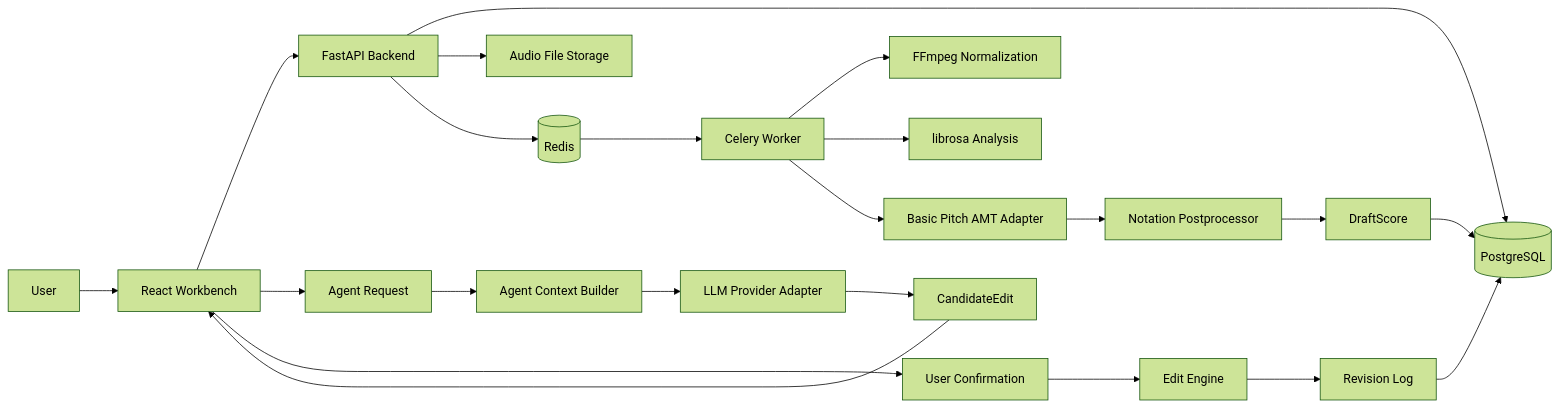
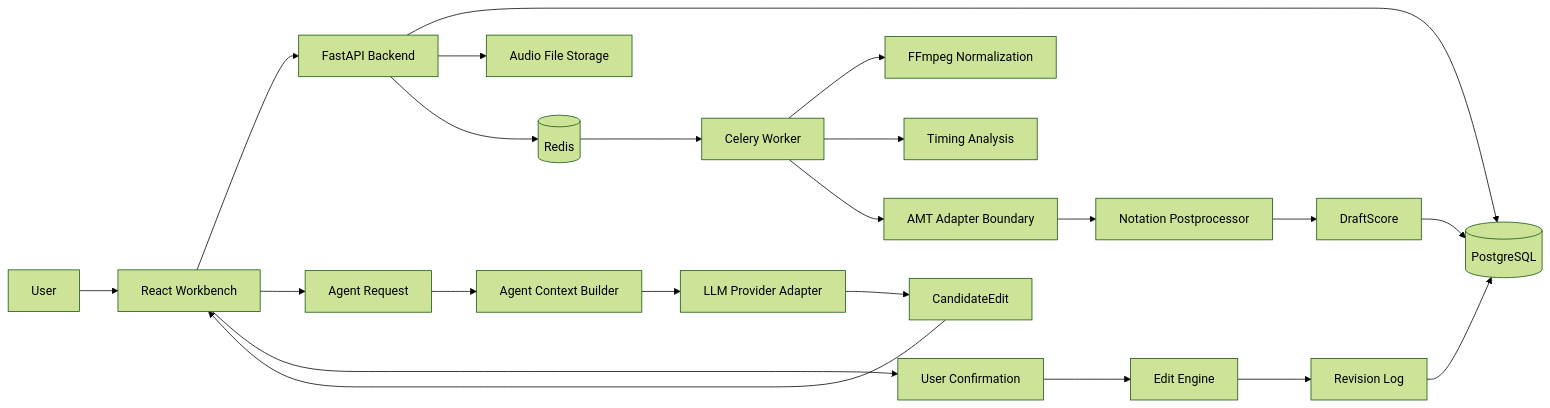
The diagram in docs/technical-architecture.md (DXL-0702/AgentClef), drawn with Mermaid (forest theme) before and after one commit. The commit also changed other lines of this file and 14 other files, not shown here.

````diff
--- a/docs/technical-architecture.md
+++ b/docs/technical-architecture.md
@@ -23,24 +23,24 @@
 ```mermaid
 flowchart LR
     User[User] --> Web[React Workbench]
     Web --> API[FastAPI Backend]
     API --> DB[(PostgreSQL)]
     API --> Files[Audio File Storage]
     API --> Redis[(Redis)]
     Redis --> Worker[Celery Worker]
     Worker --> FFmpeg[FFmpeg Normalization]
-    Worker --> Analysis[librosa Analysis]
-    Worker --> AMT[Basic Pitch AMT Adapter]
+    Worker --> Analysis[Timing Analysis]
+    Worker --> AMT[AMT Adapter Boundary]
     AMT --> Post[Notation Postprocessor]
     Post --> Draft[DraftScore]
     Draft --> DB
     Web --> AgentAPI[Agent Request]
     AgentAPI --> Context[Agent Context Builder]
     Context --> LLM[LLM Provider Adapter]
     LLM --> Edit[CandidateEdit]
     Edit --> Web
     Web --> Confirm[User Confirmation]
     Confirm --> Engine[Edit Engine]
     Engine --> Revision[Revision Log]
     Revision --> DB
 ```
````
